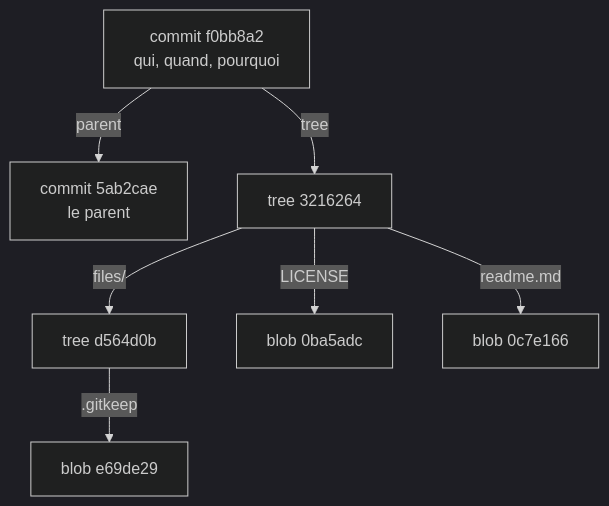
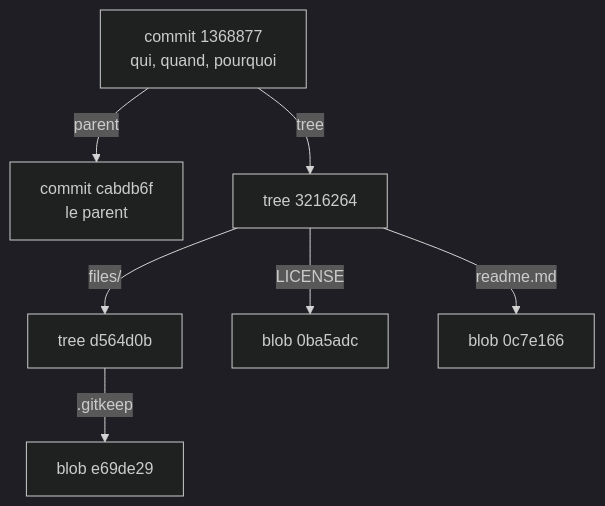
One commit to OriPekelman/git-training changed the diagram in content/fr/docs/1-understanding-git/5-inside-git.md. Above: the diagram before and after it, drawn with Mermaid (dark theme). The commit also changed other lines of this file and 70 other files, not shown here.

```diff
--- a/content/fr/docs/1-understanding-git/5-inside-git.md
+++ b/content/fr/docs/1-understanding-git/5-inside-git.md
@@ -307,17 +307,17 @@
 {{< mermaid >}}
 graph TD
-  C["commit f0bb8a2<br/>qui, quand, pourquoi"]
-  P["commit 5ab2cae<br/>le parent"]
+  C["commit 1368877<br/>qui, quand, pourquoi"]
+  P["commit cabdb6f<br/>le parent"]
   T["tree 3216264"]
   F["tree d564d0b"]
   L["blob 0ba5adc"]
   R["blob 0c7e166"]
   K["blob e69de29"]
 
   C -->|parent| P
   C -->|tree| T
   T -->|"LICENSE"| L
   T -->|"files/"| F
   T -->|"readme.md"| R
   F -->|".gitkeep"| K
 {{< /mermaid >}}
```
